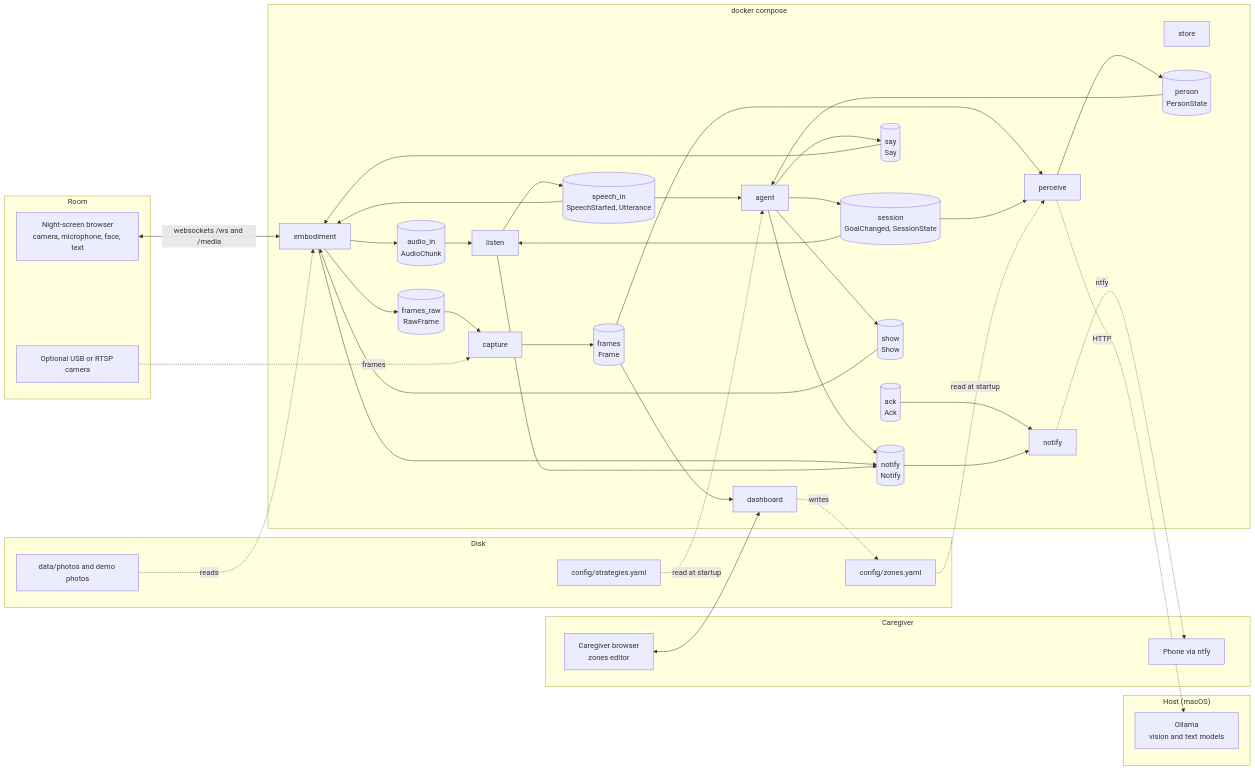
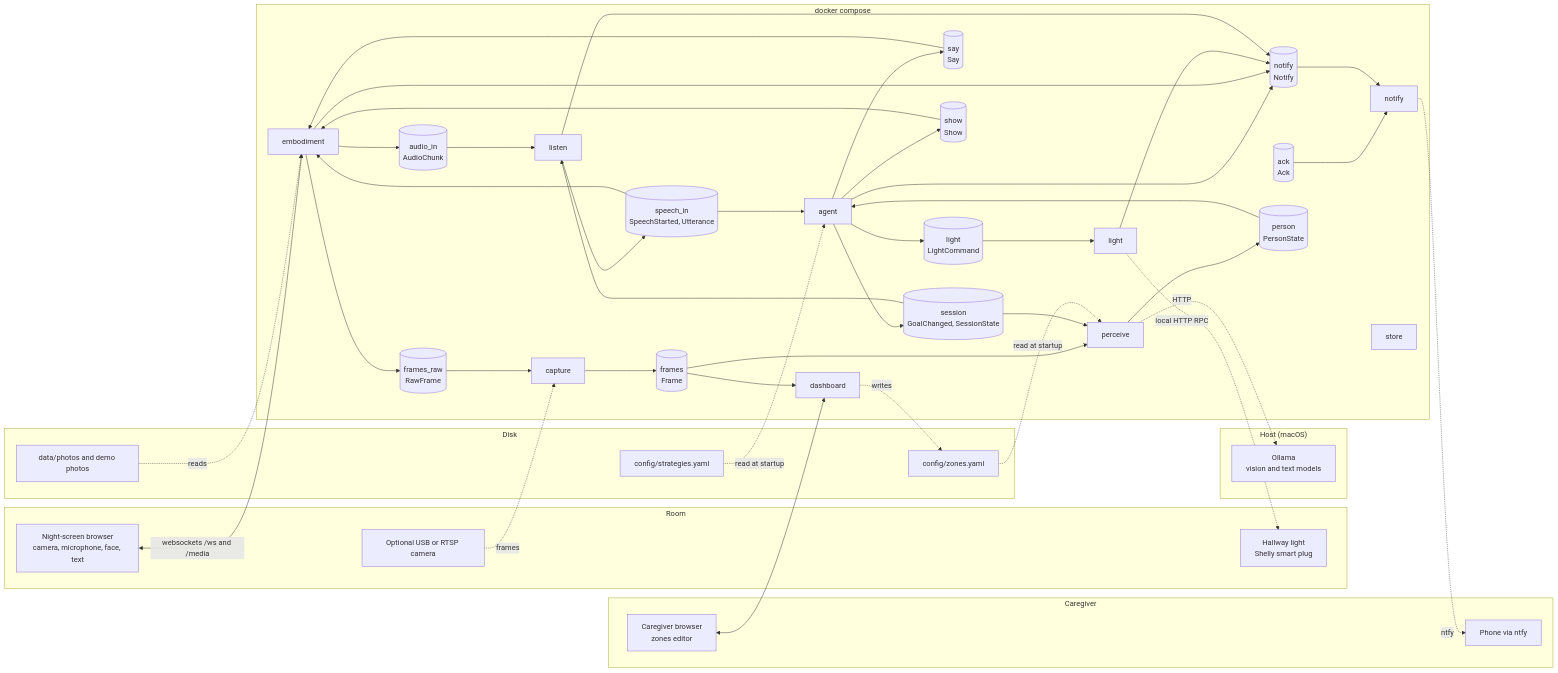
The first of 2 diagrams in ARCHITECTURE.md (Afrovis/ai-agent-dementia), drawn with Mermaid before and after one commit. The commit also changed other lines of this file and 24 other files, not shown here.

```diff
--- a/ARCHITECTURE.md
+++ b/ARCHITECTURE.md
@@ -17,6 +17,7 @@
   subgraph room["Room"]
     browser["Night-screen browser<br/>camera, microphone, face, text"]
     camera["Optional USB or RTSP camera"]
+    plug["Hallway light<br/>Shelly smart plug"]
   end
 
   subgraph compose["docker compose"]
@@ -24,6 +25,7 @@
     s_capture["capture"]
     s_dashboard["dashboard"]
     s_embodiment["embodiment"]
+    s_light["light"]
     s_listen["listen"]
     s_notify["notify"]
     s_perceive["perceive"]
@@ -32,6 +34,7 @@
     q_audio_in[("audio_in<br/>AudioChunk")]
     q_frames[("frames<br/>Frame")]
     q_frames_raw[("frames_raw<br/>RawFrame")]
+    q_light[("light<br/>LightCommand")]
     q_notify[("notify<br/>Notify")]
     q_person[("person<br/>PersonState")]
     q_say[("say<br/>Say")]
@@ -63,8 +66,11 @@
   q_frames --> s_perceive
   s_embodiment --> q_frames_raw
   q_frames_raw --> s_capture
+  s_agent --> q_light
+  q_light --> s_light
   s_agent --> q_notify
   s_embodiment --> q_notify
+  s_light --> q_notify
   s_listen --> q_notify
   q_notify --> s_notify
   s_perceive --> q_person
@@ -83,6 +89,7 @@
   camera -.->|"frames"| s_capture
   s_perceive -.->|"HTTP"| ollama
   s_notify -.->|"ntfy"| phone
+  s_light -.->|"local HTTP RPC"| plug
   cg_browser <--> s_dashboard
   zones -.->|"read at startup"| s_perceive
   s_dashboard -.->|"writes"| zones
```
